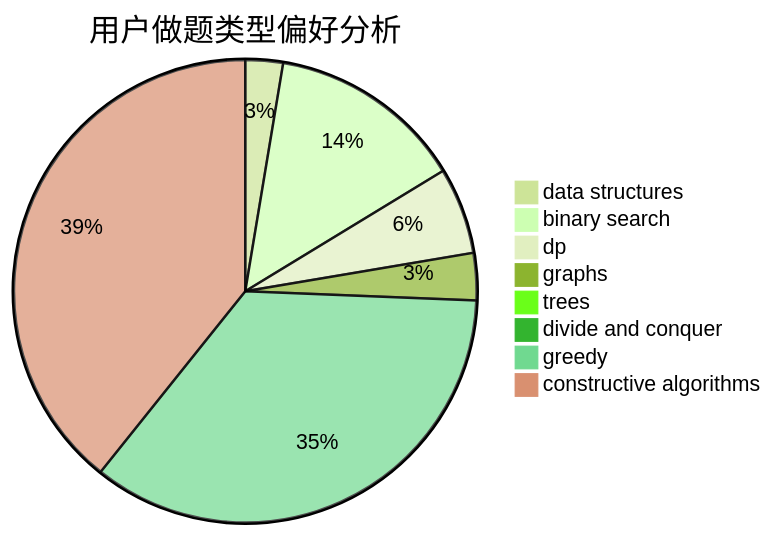
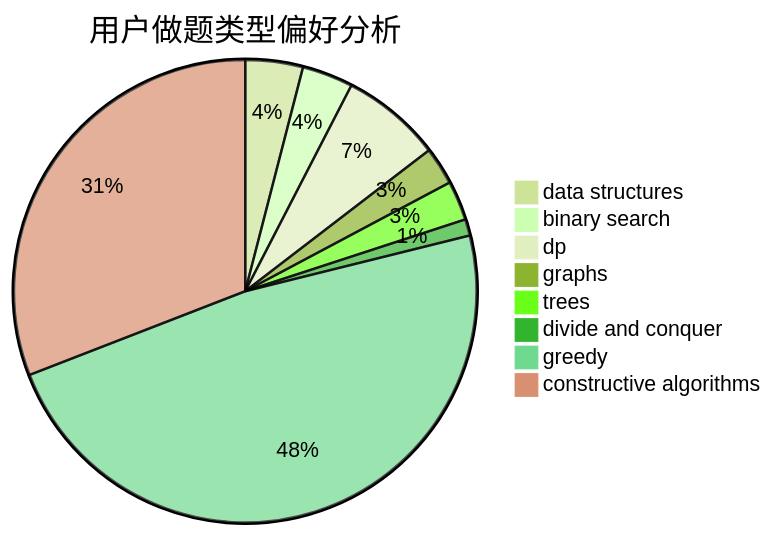
Before and after one commit to sherpahu/cfrs.github.io: the second of 3 diagrams in docs/user/u1511.md, drawn with Mermaid (forest theme). The commit also changed other lines of this file and 2770 other files, not shown here.

````diff
--- a/docs/user/u1511.md
+++ b/docs/user/u1511.md
@@ -23,11 +23,11 @@
 ```mermaid
 pie title 用户做题类型偏好分析
-    "data structures" :  43
-    "binary search" :  224
-    "dp" :  99
-    "graphs" :  54
-    "trees" :  6
-    "divide and conquer" :  1
-    "greedy" :  575
-    "constructive algorithms" :  643
+    "data structures" :  35
+    "binary search" :  31
+    "dp" :  61
+    "graphs" :  23
+    "trees" :  24
+    "divide and conquer" :  10
+    "greedy" :  418
+    "constructive algorithms" :  269
 ```
````
